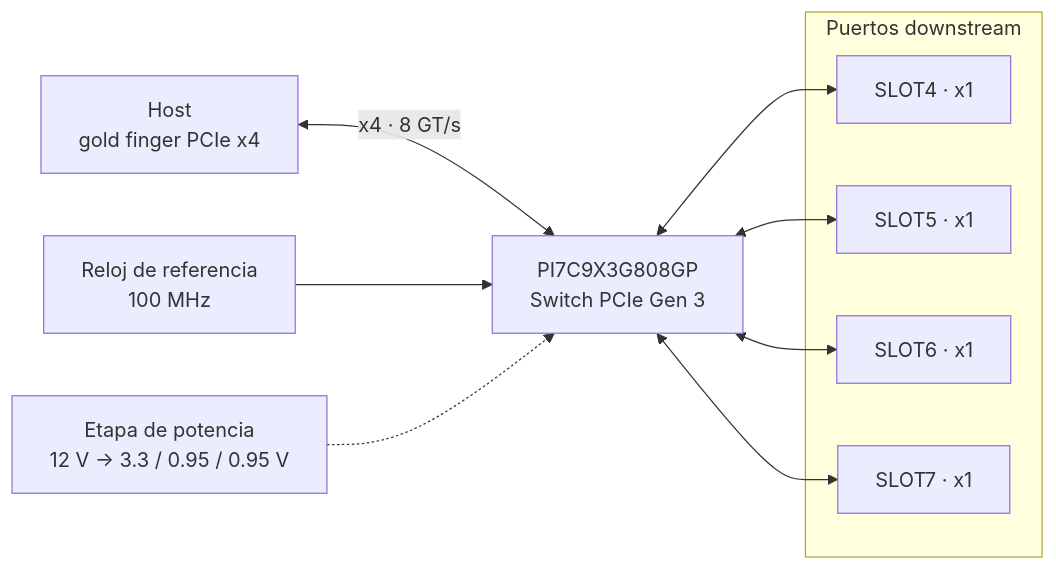
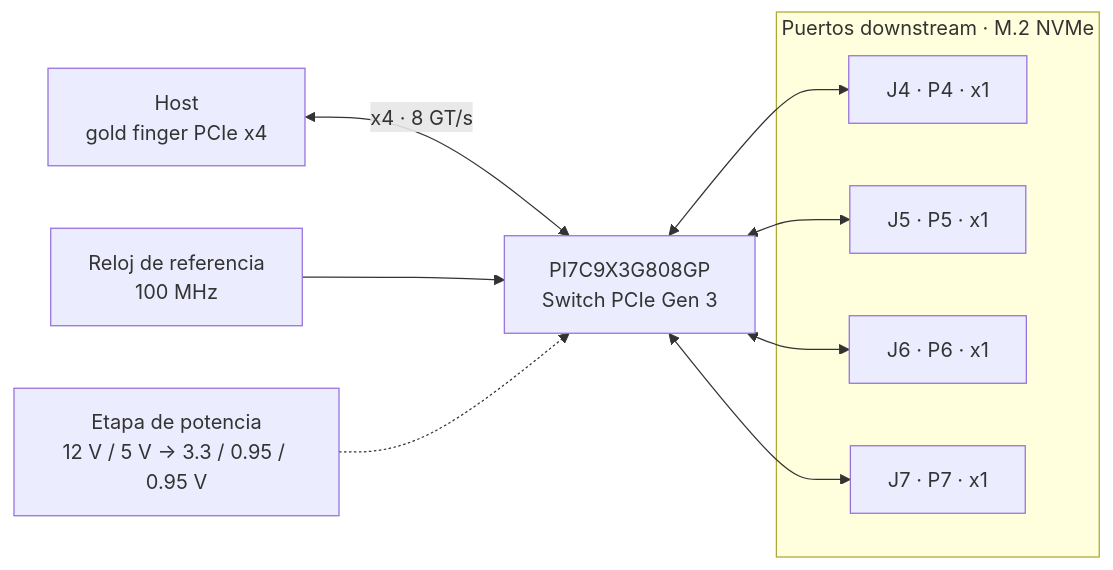
The first of 2 diagrams in README.md (ksflores-cmyk/PCIe808_SW), drawn with Mermaid before and after one commit. The commit also changed other lines of this file and 38 other files, not shown here.

````diff
--- a/README.md
+++ b/README.md
@@ -94,13 +96,13 @@
 ```mermaid
 flowchart LR
     HOST["Host<br/>gold finger PCIe x4"] <-->|"x4 · 8 GT/s"| SW["PI7C9X3G808GP<br/>Switch PCIe Gen 3"]
     CLK["Reloj de referencia<br/>100 MHz"] --> SW
-    PWR["Etapa de potencia<br/>12 V → 3.3 / 0.95 / 0.95 V"] -.-> SW
-    subgraph DS["Puertos downstream"]
-        S4["SLOT4 · x1"]
-        S5["SLOT5 · x1"]
-        S6["SLOT6 · x1"]
-        S7["SLOT7 · x1"]
+    PWR["Etapa de potencia<br/>12 V / 5 V → 3.3 / 0.95 / 0.95 V"] -.-> SW
+    subgraph DS["Puertos downstream · M.2 NVMe"]
+        S4["J4 · P4 · x1"]
+        S5["J5 · P5 · x1"]
+        S6["J6 · P6 · x1"]
+        S7["J7 · P7 · x1"]
     end
     SW <--> S4 & S5 & S6 & S7
 ```
````
